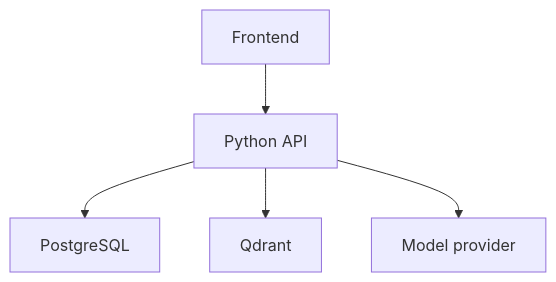
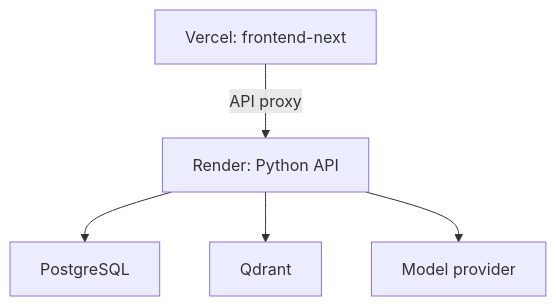
The diagram in docs/OPERATIONS.md (YashJain2410/CodeSage), drawn with Mermaid before and after one commit. The commit also changed other lines of this file and 2 other files, not shown here.

Commit message:
Document the live frontend and free backend limit

````diff
--- a/docs/OPERATIONS.md
+++ b/docs/OPERATIONS.md
@@ -5,7 +5,7 @@
 ```mermaid
 flowchart TD
-    A[Frontend] --> B[Python API]
+    A[Vercel: frontend-next] -->|API proxy| B[Render: Python API]
     B --> C[PostgreSQL]
     B --> D[Qdrant]
     B --> E[Model provider]
 ```
````
